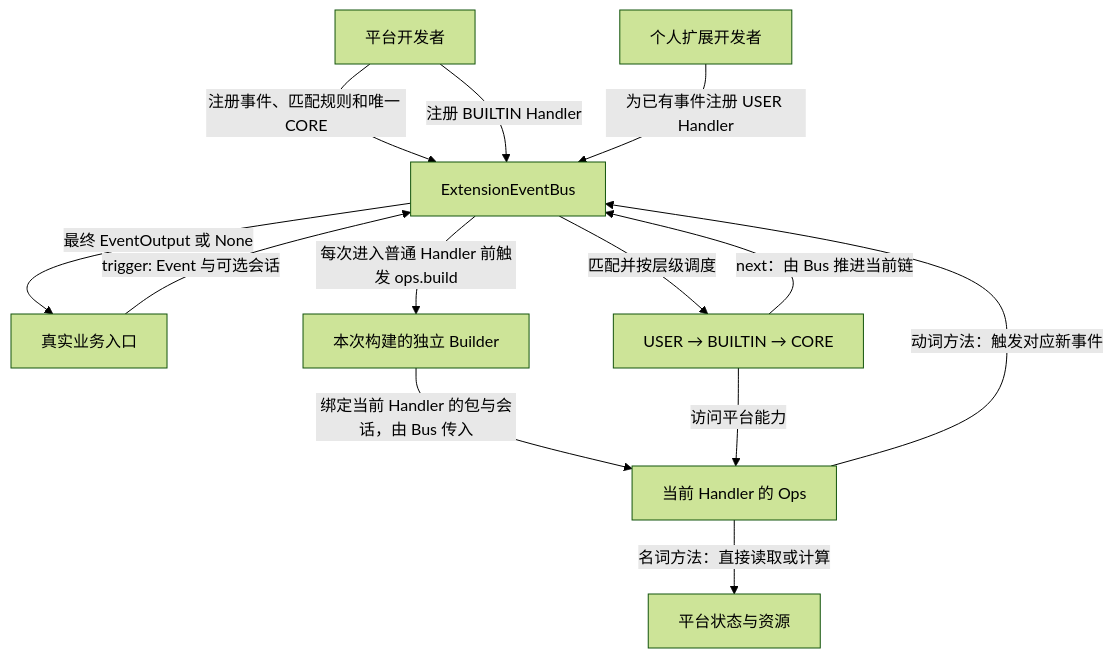
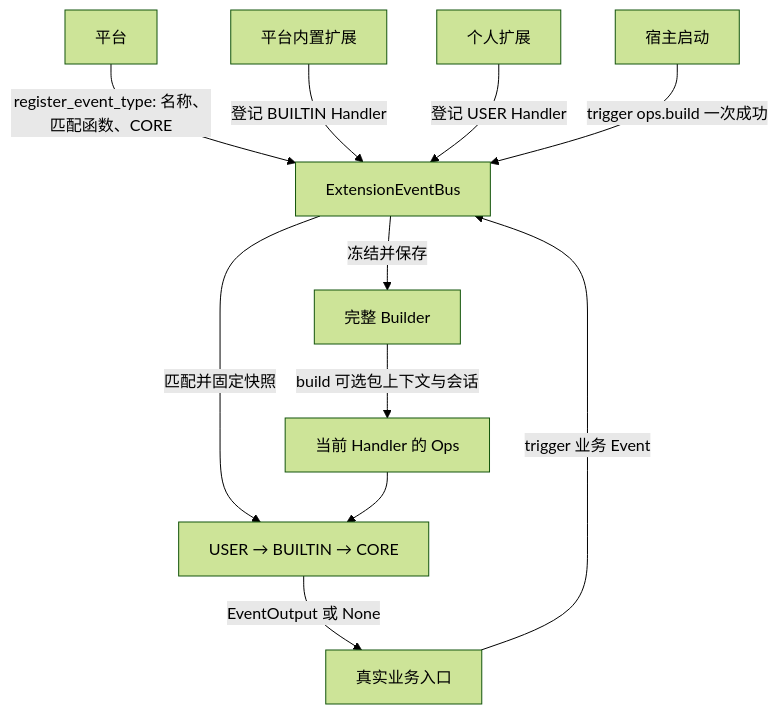
The diagram in openjiuwen/core/events/docs/designs/events-overview.md (openJiuwen-ai/agent-core), drawn with Mermaid (forest theme) before and after one commit. The commit also changed other lines of this file and 16 other files, not shown here.

````diff
--- a/openjiuwen/core/events/docs/designs/events-overview.md
+++ b/openjiuwen/core/events/docs/designs/events-overview.md
@@ -62,15 +47,13 @@
 ```mermaid
 flowchart TD
-    Platform["平台开发者"] -->|注册事件、匹配规则和唯一 CORE| Bus["ExtensionEventBus"]
-    Platform -->|注册 BUILTIN Handler| Bus
-    Extension["个人扩展开发者"] -->|为已有事件注册 USER Handler| Bus
-    Entry["真实业务入口"] -->|trigger: Event 与可选会话| Bus
-    Bus -->|匹配并按层级调度| Chain["USER → BUILTIN → CORE"]
-    Bus -->|每次进入普通 Handler 前触发 ops.build| Builder["本次构建的独立 Builder"]
-    Builder -->|绑定当前 Handler 的包与会话，由 Bus 传入| Ops["当前 Handler 的 Ops"]
-    Chain -->|访问平台能力| Ops
-    Ops -->|名词方法：直接读取或计算| Capability["平台状态与资源"]
-    Ops -->|动词方法：触发对应新事件| Bus
-    Chain -->|next：由 Bus 推进当前链| Bus
-    Bus -->|最终 EventOutput 或 None| Entry
+    Platform["平台"] -->|register_event_type: 名称、匹配函数、CORE| Bus["ExtensionEventBus"]
+    Builtin["平台内置扩展"] -->|登记 BUILTIN Handler| Bus
+    Extension["个人扩展"] -->|登记 USER Handler| Bus
+    Host["宿主启动"] -->|trigger ops.build 一次成功| Bus
+    Bus -->|冻结并保存| Builder["完整 Builder"]
+    Entry["真实业务入口"] -->|trigger 业务 Event| Bus
+    Bus -->|匹配并固定快照| Chain["USER → BUILTIN → CORE"]
+    Builder -->|build 可选包上下文与会话| Ops["当前 Handler 的 Ops"]
+    Ops --> Chain
+    Chain -->|EventOutput 或 None| Entry
 ```
````
